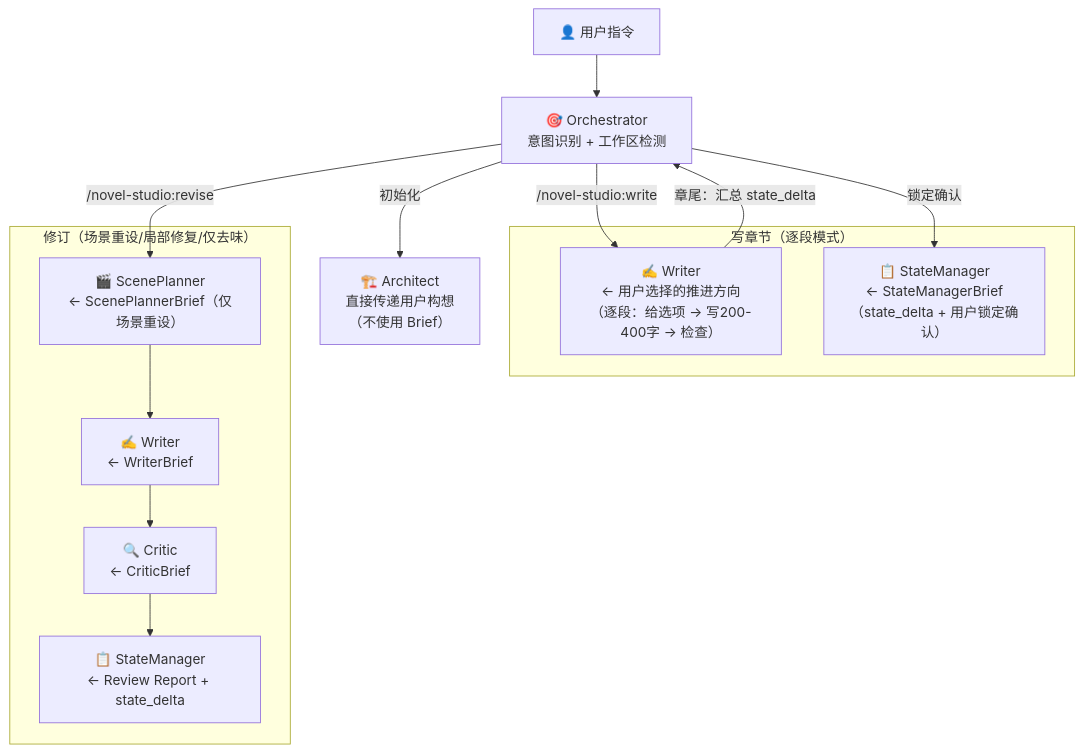
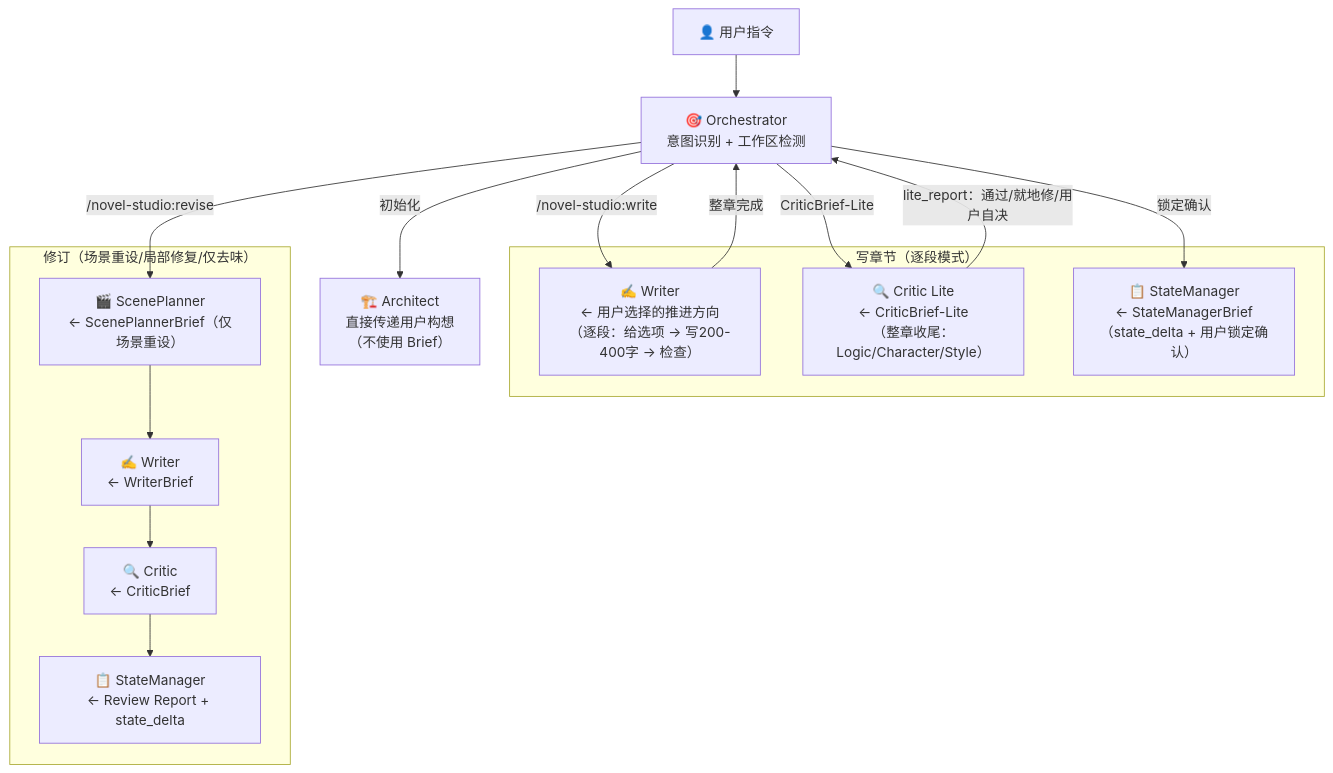
Before and after one commit to deathwhispers/novel-studio: the diagram in runtime/handoff-schema.md, drawn with Mermaid. The commit also changed other lines of this file and 14 other files, not shown here.

First line of the commit message:
feat: 发布 0.0.5 — 写章节收尾 Critic Lite + 状态事务版本机制

````diff
--- a/runtime/handoff-schema.md
+++ b/runtime/handoff-schema.md
@@ -289,30 +324,33 @@
 ```mermaid
 flowchart TD
     User["👤 用户指令"]
     Orchestrator["🎯 Orchestrator<br/>意图识别 + 工作区检测"]
 
     User --> Orchestrator
 
     Orchestrator -->|"初始化"| Architect["🏗️ Architect<br/>直接传递用户构想<br/>（不使用 Brief）"]
 
     subgraph WriteFlow["写章节（逐段模式）"]
         Writer["✍️ Writer<br/>← 用户选择的推进方向<br/>（逐段：给选项 → 写200-400字 → 检查）"]
+        CriticLite["🔍 Critic Lite<br/>← CriticBrief-Lite<br/>（整章收尾：Logic/Character/Style）"]
         StateManager["📋 StateManager<br/>← StateManagerBrief<br/>（state_delta + 用户锁定确认）"]
     end
 
     Orchestrator -->|"/novel-studio:write"| Writer
-    Writer -->|"章尾：汇总 state_delta"| Orchestrator
+    Writer -->|"整章完成"| Orchestrator
+    Orchestrator -->|"CriticBrief-Lite"| CriticLite
+    CriticLite -->|"lite_report：通过/就地修/用户自决"| Orchestrator
     Orchestrator -->|"锁定确认"| StateManager
 
     subgraph ReviseFlow["修订（场景重设/局部修复/仅去味）"]
         ScenePlannerR["🎬 ScenePlanner<br/>← ScenePlannerBrief（仅场景重设）"]
         WriterR["✍️ Writer<br/>← WriterBrief"]
         CriticR["🔍 Critic<br/>← CriticBrief"]
         StateManagerR["📋 StateManager<br/>← Review Report + state_delta"]
     end
 
     Orchestrator -->|"/novel-studio:revise"| ScenePlannerR
     ScenePlannerR --> WriterR
     WriterR --> CriticR
     CriticR --> StateManagerR
 ```
````
